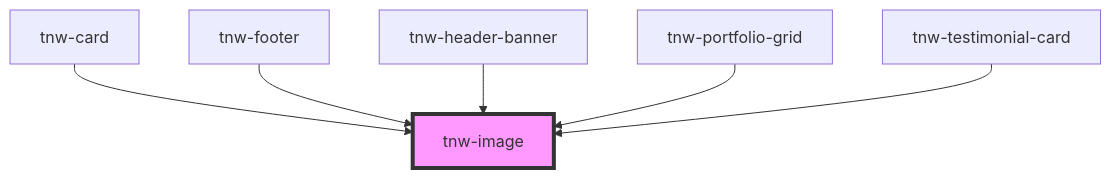
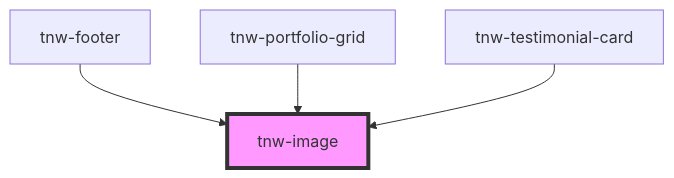
The diagram in packages/stencil-library/src/components/tnw-image/readme.md (technway/technway-component-library), drawn with Mermaid before and after one commit. The commit also changed other lines of this file and 8 other files, not shown here.

First line of the commit message:
fix(stencil-library): header-banner & card validations

````diff
--- a/packages/stencil-library/src/components/tnw-image/readme.md
+++ b/packages/stencil-library/src/components/tnw-image/readme.md
@@ -92,9 +90,7 @@
 ```mermaid
 graph TD;
-  tnw-card --> tnw-image
   tnw-footer --> tnw-image
-  tnw-header-banner --> tnw-image
   tnw-portfolio-grid --> tnw-image
   tnw-testimonial-card --> tnw-image
   style tnw-image fill:#f9f,stroke:#333,stroke-width:4px
 ```
````
